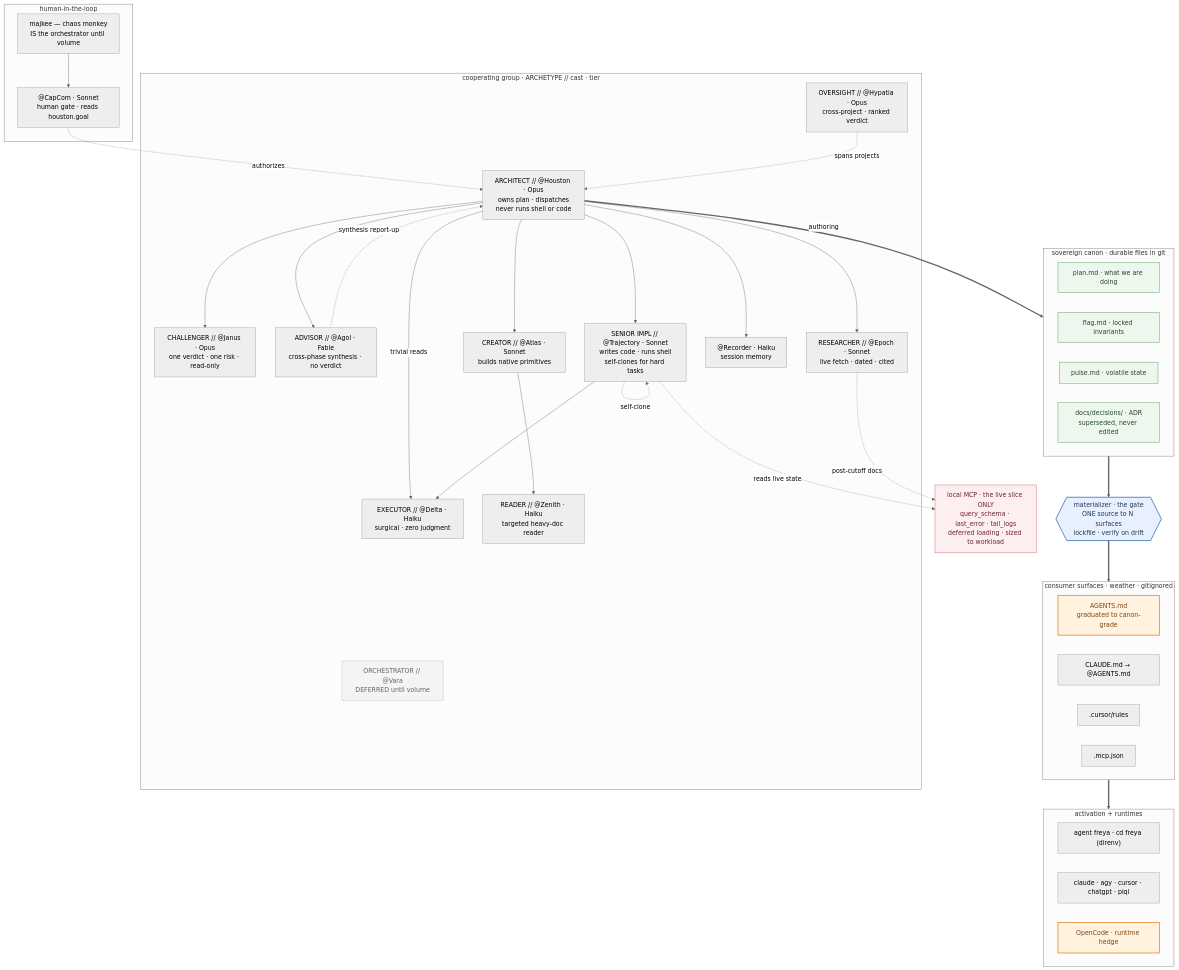
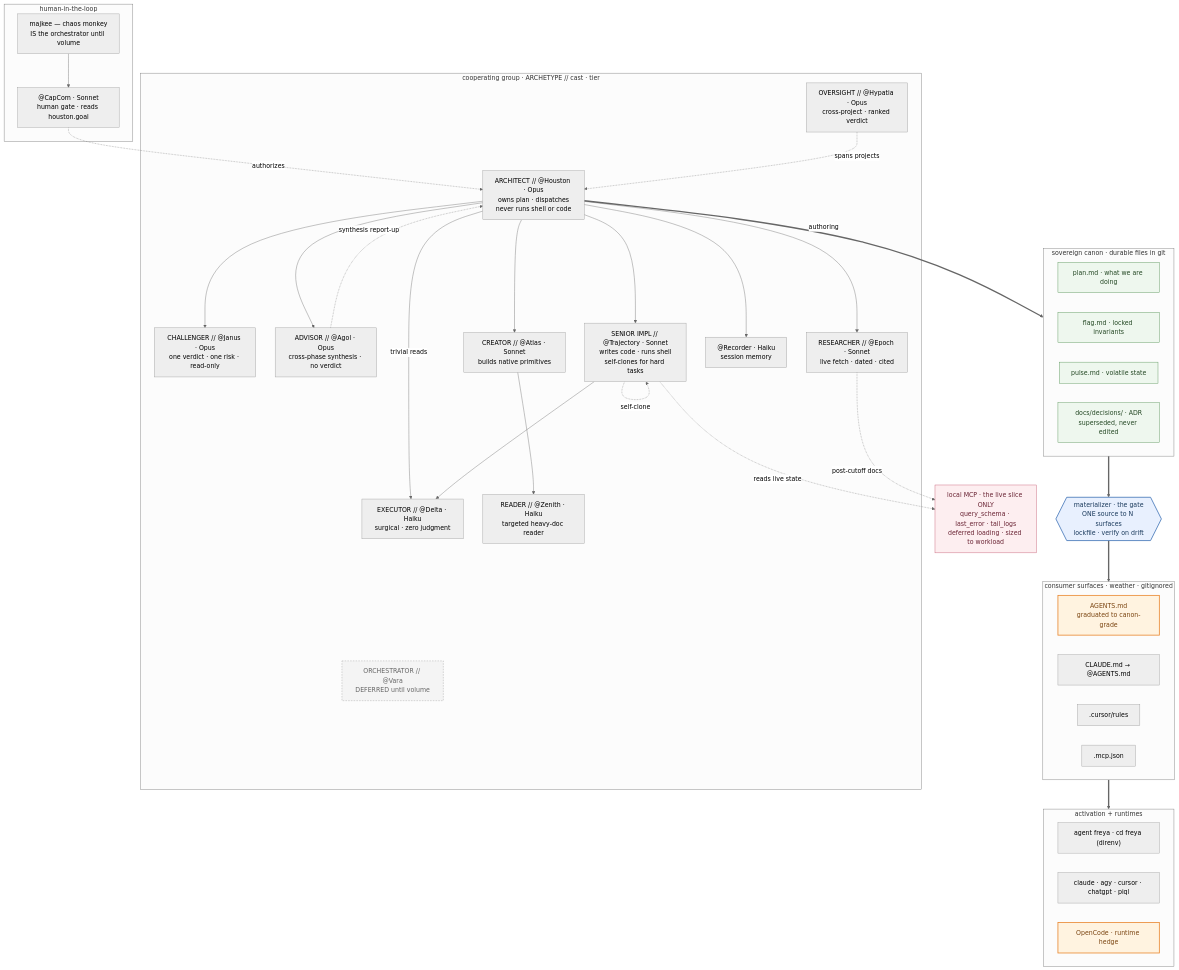
Before and after one commit to hruzam/reposoma: the diagram in temple/system-map.md, drawn with Mermaid (neutral theme). The commit also changed 123 other files, not shown here.

````diff
--- a/temple/system-map.md
+++ b/temple/system-map.md
@@ -5,79 +5,79 @@
 ```mermaid
 flowchart TD
     classDef deferred fill:#f4f4f4,stroke:#999,stroke-dasharray:4 3,color:#666
     classDef future fill:#fff3e0,stroke:#e8842a,stroke-width:2px,color:#7a4410
     classDef gate fill:#e8f0fe,stroke:#3b6fb5,stroke-width:2px,color:#1a3a5c
     classDef canon fill:#eef7ee,stroke:#4a8a4a,color:#244824
     classDef live fill:#fdeef0,stroke:#c0506a,color:#6a2434
 
     subgraph HUMAN[" human-in-the-loop "]
         MK["majkee — chaos monkey<br/>IS the orchestrator until volume"]
         CAP["@CapCom · Sonnet<br/>human gate · reads houston.goal"]
         MK --> CAP
     end
 
     subgraph TEAM[" cooperating group · ARCHETYPE // cast · tier "]
         HOU["ARCHITECT // @Houston · Opus<br/>owns plan · dispatches<br/>never runs shell or code"]
         JAN["CHALLENGER // @Janus · Opus<br/>one verdict · one risk · read-only"]
-        AGOL["ADVISOR // @Agol · Fable<br/>cross-phase synthesis · no verdict"]
+        AGOL["ADVISOR // @Agol · Opus<br/>cross-phase synthesis · no verdict"]
         EPO["RESEARCHER // @Epoch · Sonnet<br/>live fetch · dated · cited"]
         TRA["SENIOR IMPL // @Trajectory · Sonnet<br/>writes code · runs shell<br/>self-clones for hard tasks"]
         DEL["EXECUTOR // @Delta · Haiku<br/>surgical · zero judgment"]
         ATL["CREATOR // @Atlas · Sonnet<br/>builds native primitives"]
         ZEN["READER // @Zenith · Haiku<br/>targeted heavy-doc reader"]
         HYP["OVERSIGHT // @Hypatia · Opus<br/>cross-project · ranked verdict"]
         REC["@Recorder · Haiku<br/>session memory"]
         VARA["ORCHESTRATOR // @Vara<br/>DEFERRED until volume"]
     end
 
     CAP -.authorizes.-> HOU
     HOU --> JAN
     HOU --> AGOL
     HOU --> EPO
     HOU --> TRA
     HOU --> ATL
     HOU --> REC
     HOU -->|trivial reads| DEL
     TRA --> DEL
     TRA -.self-clone.-> TRA
     ATL --> ZEN
     AGOL -.synthesis report-up.-> HOU
     HYP -.spans projects.-> HOU
 
     subgraph CANON[" sovereign canon · durable files in git "]
         PLAN["plan.md · what we are doing"]
         FLAG["flag.md · locked invariants"]
         PULSE["pulse.md · volatile state"]
         DEC["docs/decisions/ · ADR<br/>superseded, never edited"]
     end
 
     GATE{{"materializer · the gate<br/>ONE source to N surfaces<br/>lockfile · verify on drift"}}
 
     subgraph SURF[" consumer surfaces · weather · gitignored "]
         AG["AGENTS.md<br/>graduated to canon-grade"]
         CL["CLAUDE.md → @AGENTS.md"]
         CUR[".cursor/rules"]
         MCPC[".mcp.json"]
     end
 
     subgraph RUN[" activation + runtimes "]
         A1["agent freya · cd freya (direnv)"]
         A2["claude · agy · cursor · chatgpt · piql"]
         A3["OpenCode · runtime hedge"]
     end
 
     LIVE["local MCP · the live slice ONLY<br/>query_schema · last_error · tail_logs<br/>deferred loading · sized to workload"]
 
     HOU ==>|authoring| CANON
     CANON ==> GATE
     GATE ==> SURF
     SURF ==> RUN
     TRA -.reads live state.-> LIVE
     EPO -.post-cutoff docs.-> LIVE
 
     class VARA deferred
     class AG,A3 future
     class GATE gate
     class PLAN,FLAG,PULSE,DEC canon
     class LIVE live
 ```
````
